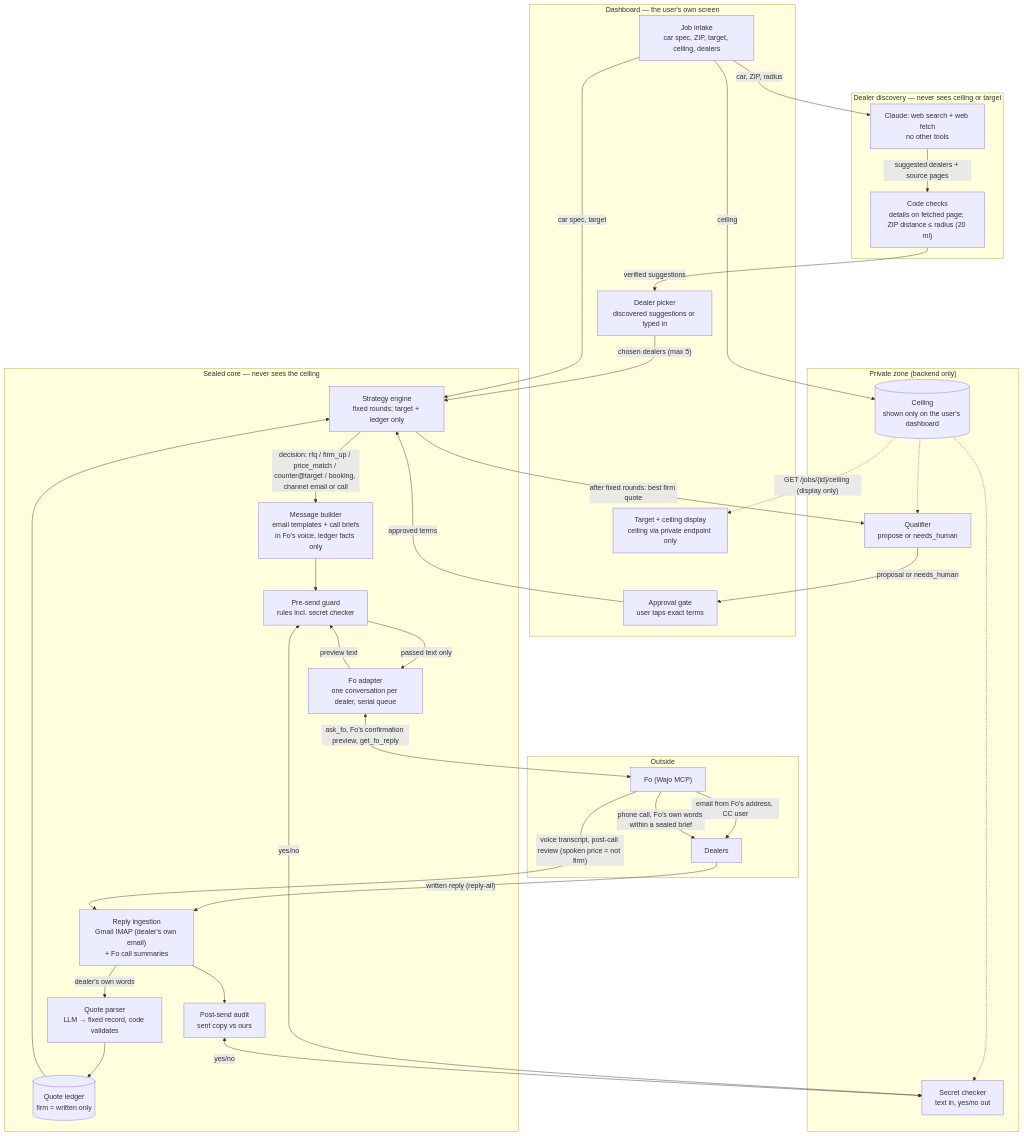
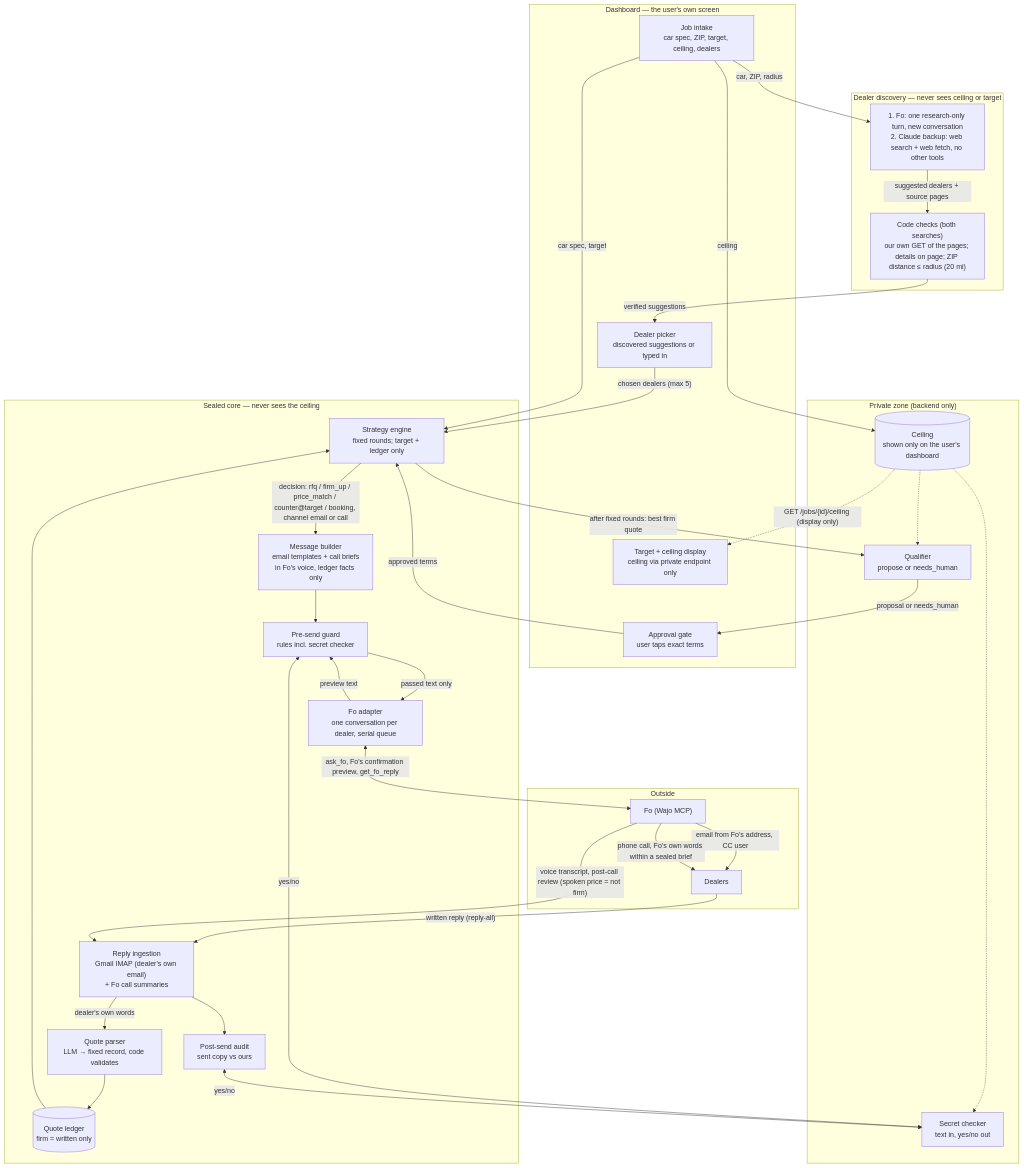
Before and after one commit to HetPatel1978/Sealed_GSD: the first of 2 diagrams in docs/architecture.md, drawn with Mermaid. The commit also changed other lines of this file and 19 other files, not shown here.

First line of the commit message:
Dealer discovery: Fo first, Claude as backup, same code check

````diff
--- a/docs/architecture.md
+++ b/docs/architecture.md
@@ -27,64 +27,64 @@
 ```mermaid
 flowchart TB
     subgraph UI["Dashboard — the user's own screen"]
         INTAKE["Job intake<br/>car spec, ZIP, target, ceiling, dealers"]
         PICK["Dealer picker<br/>discovered suggestions or typed in"]
         SHOW["Target + ceiling display<br/>ceiling via private endpoint only"]
         APPROVE["Approval gate<br/>user taps exact terms"]
     end
 
     subgraph DISC["Dealer discovery — never sees ceiling or target"]
-        FIND["Claude: web search + web fetch<br/>no other tools"]
-        DCHECK["Code checks<br/>details on fetched page; ZIP distance ≤ radius (20 mi)"]
+        FIND["1. Fo: one research-only turn, new conversation<br/>2. Claude backup: web search + web fetch, no other tools"]
+        DCHECK["Code checks (both searches)<br/>our own GET of the pages; details on page; ZIP distance ≤ radius (20 mi)"]
     end
 
     subgraph PRIVATE["Private zone (backend only)"]
         VAULT[("Ceiling<br/>shown only on the user's dashboard")]
         QUAL["Qualifier<br/>propose or needs_human"]
         SECRET["Secret checker<br/>text in, yes/no out"]
     end
 
     subgraph CORE["Sealed core — never sees the ceiling"]
         STRAT["Strategy engine<br/>fixed rounds; target + ledger only"]
         BUILD["Message builder<br/>email templates + call briefs<br/>in Fo's voice, ledger facts only"]
         GUARD["Pre-send guard<br/>rules incl. secret checker"]
         FOAD["Fo adapter<br/>one conversation per dealer, serial queue"]
         INGEST["Reply ingestion<br/>Gmail IMAP (dealer's own email)<br/>+ Fo call summaries"]
         PARSE["Quote parser<br/>LLM → fixed record, code validates"]
         LEDGER[("Quote ledger<br/>firm = written only")]
         AUDIT["Post-send audit<br/>sent copy vs ours"]
     end
 
     subgraph EXT["Outside"]
         FO["Fo (Wajo MCP)"]
         DEALERS["Dealers"]
     end
 
     INTAKE -->|"car, ZIP, radius"| FIND
     FIND -->|"suggested dealers + source pages"| DCHECK
     DCHECK -->|"verified suggestions"| PICK
     PICK -->|"chosen dealers (max 5)"| STRAT
     INTAKE -->|ceiling| VAULT
     VAULT -.->|"GET /jobs/{id}/ceiling (display only)"| SHOW
     INTAKE -->|"car spec, target"| STRAT
     STRAT -->|"decision: rfq / firm_up / price_match / counter@target / booking, channel email or call"| BUILD
     BUILD --> GUARD
     GUARD <-->|"yes/no"| SECRET
     VAULT -.-> SECRET
     GUARD -->|passed text only| FOAD
     FOAD <-->|"ask_fo, Fo's confirmation preview, get_fo_reply"| FO
     FOAD -->|"preview text"| GUARD
     FO -->|"email from Fo's address, CC user"| DEALERS
     FO -->|"phone call, Fo's own words within a sealed brief"| DEALERS
     DEALERS -->|"written reply (reply-all)"| INGEST
     FO -->|"voice transcript, post-call review (spoken price = not firm)"| INGEST
     INGEST --> AUDIT
     AUDIT <-->|"yes/no"| SECRET
     INGEST -->|"dealer's own words"| PARSE
     PARSE --> LEDGER
     LEDGER --> STRAT
     STRAT -->|"after fixed rounds: best firm quote"| QUAL
     VAULT -.-> QUAL
     QUAL -->|"proposal or needs_human"| APPROVE
     APPROVE -->|"approved terms"| STRAT
 ```
````
